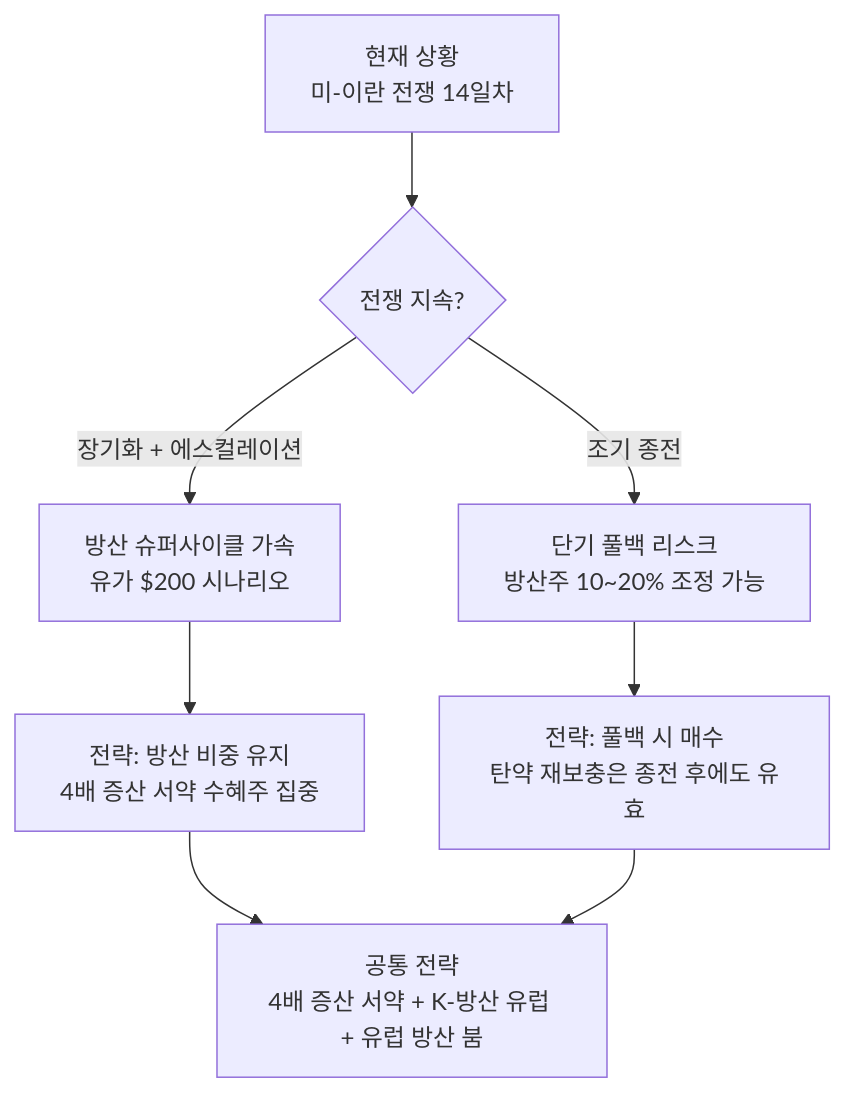
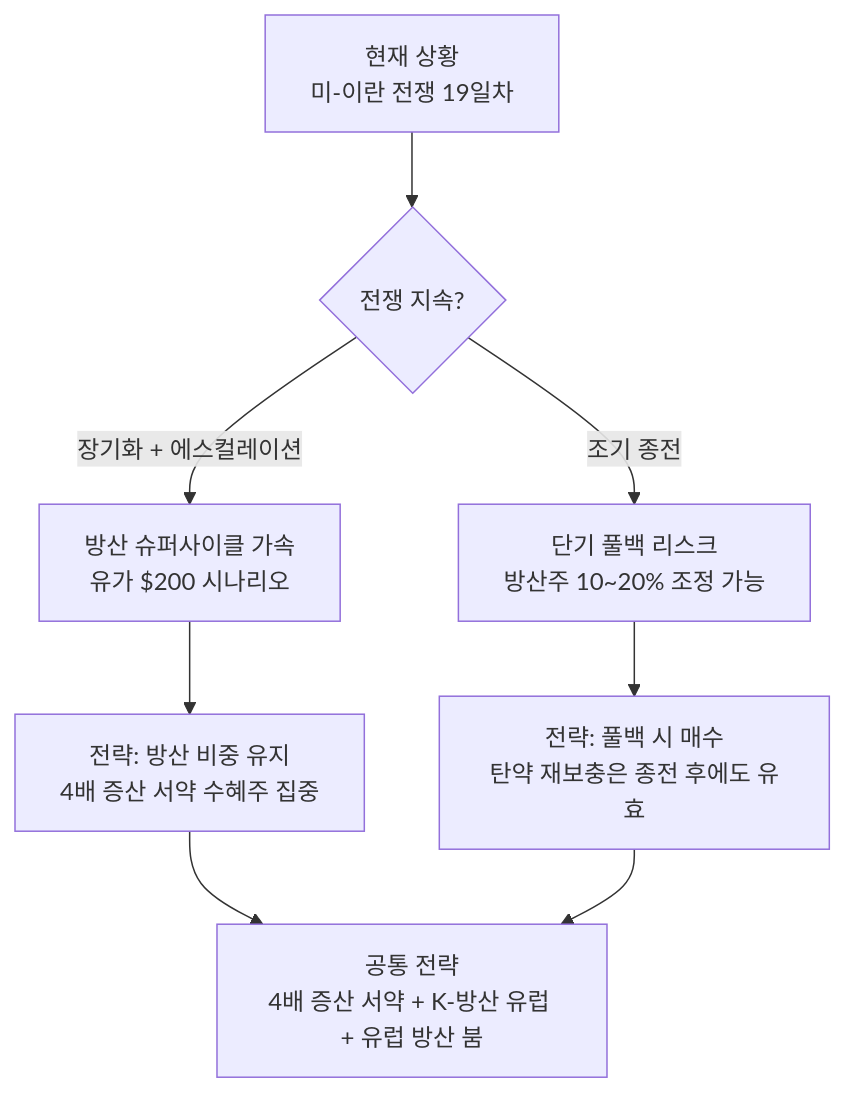
One commit to dss99911/dss99911.github.io changed the seventh of 7 diagrams in _posts/knowledge/invest/2026-03-07-defense-space-sector-outlook-2026.md. Above: the diagram before and after it, drawn with Mermaid. The commit also changed other lines of this file and 5 other files, not shown here.

````diff
--- a/_posts/knowledge/invest/2026-03-07-defense-space-sector-outlook-2026.md
+++ b/_posts/knowledge/invest/2026-03-07-defense-space-sector-outlook-2026.md
@@ -327,13 +365,13 @@
 ```mermaid
 graph TD
-    A["현재 상황<br/>미-이란 전쟁 14일차"] --> B{"전쟁 지속?"}
+    A["현재 상황<br/>미-이란 전쟁 19일차"] --> B{"전쟁 지속?"}
 
     B -->|"장기화 + 에스컬레이션"| C["방산 슈퍼사이클 가속<br/>유가 $200 시나리오"]
     B -->|"조기 종전"| D["단기 풀백 리스크<br/>방산주 10~20% 조정 가능"]
 
     C --> E["전략&colon; 방산 비중 유지<br/>4배 증산 서약 수혜주 집중"]
     D --> F["전략&colon; 풀백 시 매수<br/>탄약 재보충은 종전 후에도 유효"]
 
     E --> G["공통 전략<br/>4배 증산 서약 + K-방산 유럽 + 유럽 방산 붐"]
     F --> G
 ```
````
